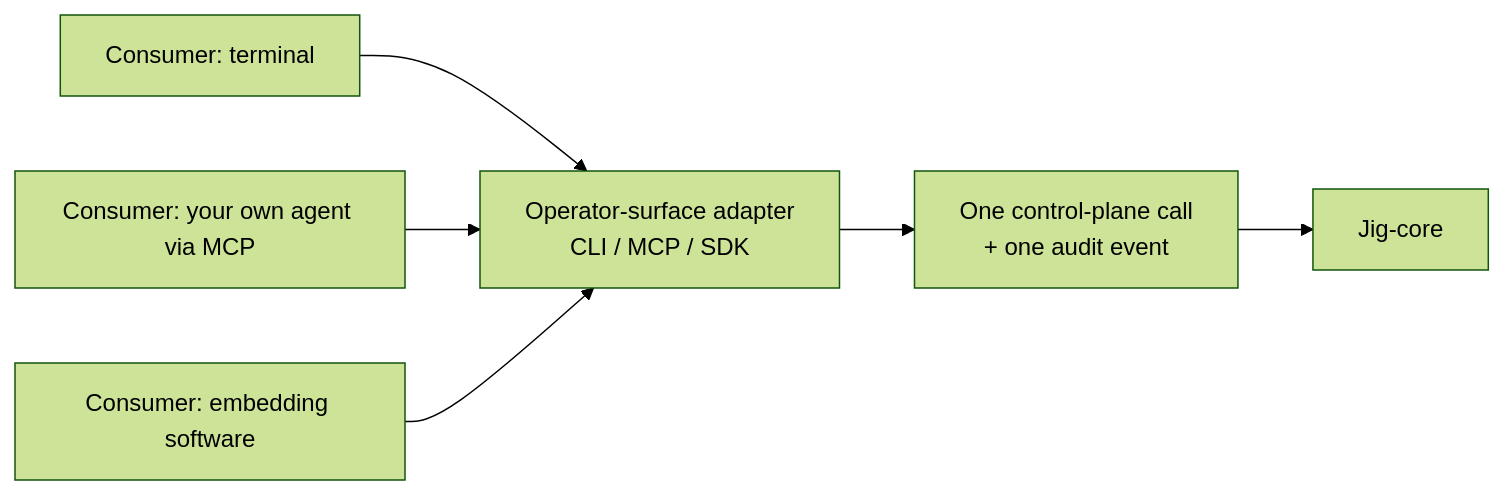
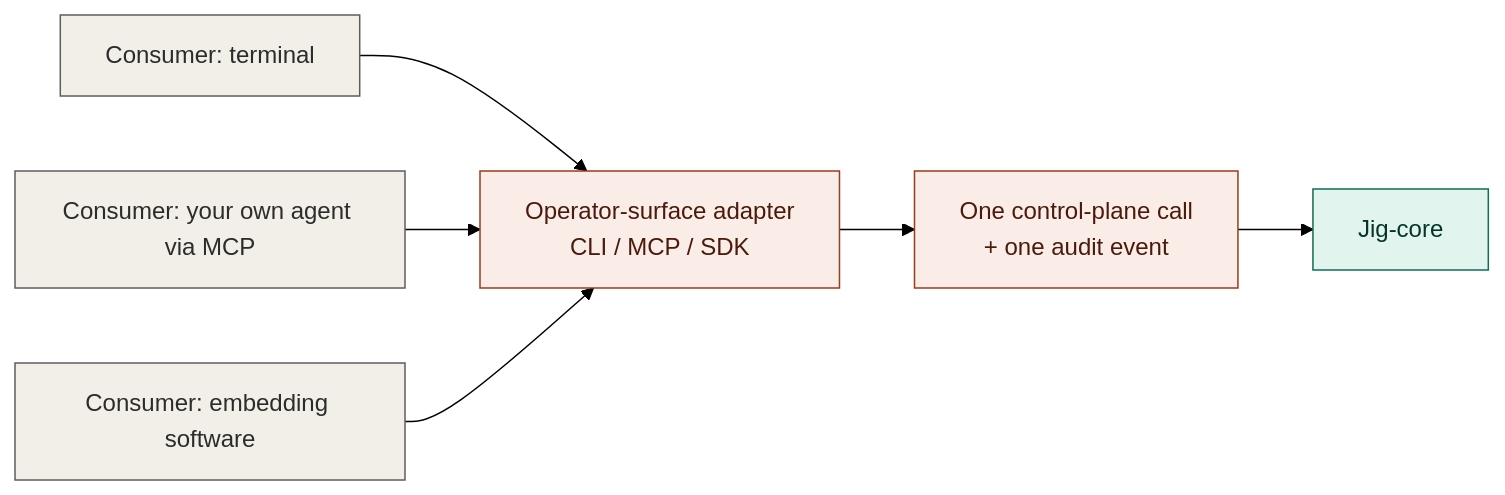
Before and after one commit to agentic-workflow-kit/jig: the diagram in docs/design/contracts/driving.md, drawn with Mermaid (forest theme). The commit also changed 8 other files, not shown here.

First line of the commit message:
docs: style design-layer diagrams by category

````diff
--- a/docs/design/contracts/driving.md
+++ b/docs/design/contracts/driving.md
@@ -27,15 +27,22 @@
 ```mermaid
 flowchart LR
     Term["Consumer: terminal"]
     Tool["Consumer: your own agent via MCP"]
     Embed["Consumer: embedding software"]
     Adapter["Operator-surface adapter<br/>CLI / MCP / SDK"]
     Call["One control-plane call<br/>+ one audit event"]
     Core["Jig-core"]
 
     Term --> Adapter
     Tool --> Adapter
     Embed --> Adapter
     Adapter --> Call
     Call --> Core
+
+    classDef core fill:#E1F5EE,stroke:#0F6E56,color:#04342C;
+    classDef seam fill:#FAECE7,stroke:#993C1D,color:#4A1B0C;
+    classDef neutral fill:#F1EFE8,stroke:#5F5E5A,color:#2C2C2A;
+    class Core core;
+    class Adapter,Call seam;
+    class Term,Tool,Embed neutral;
 ```
````
